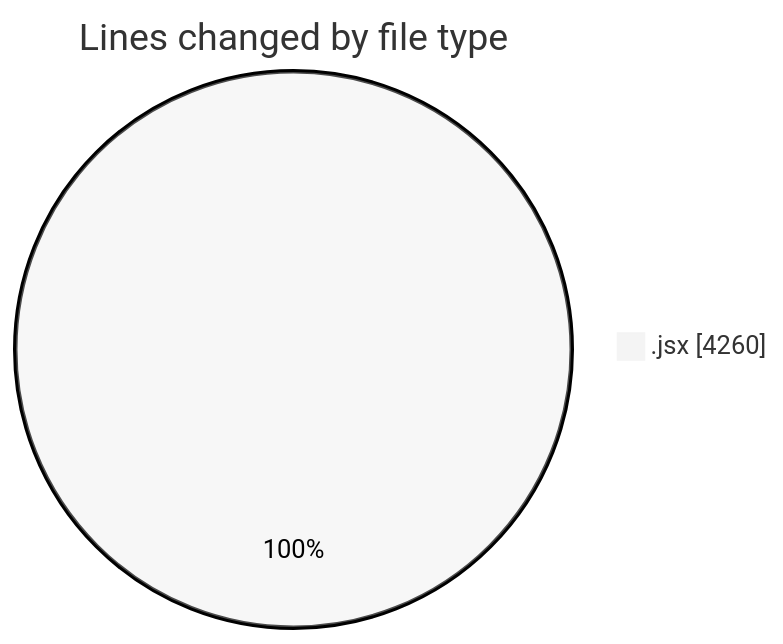
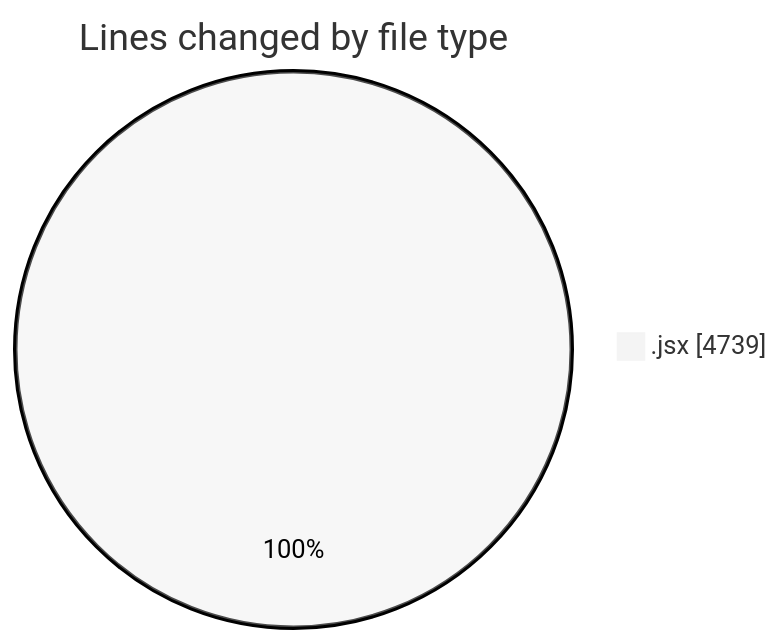
One commit to nxtqubesakshisongat/code-tracking changed the first of 2 diagrams in 2025-09-16/nxtqube_webapp/README.md. Above: the diagram before and after it, drawn with Mermaid (neutral theme). The commit also changed other lines of this file and 1 other file, not shown here.

````diff
--- a/2025-09-16/nxtqube_webapp/README.md
+++ b/2025-09-16/nxtqube_webapp/README.md
@@ -20,5 +20,5 @@
 ```mermaid
 pie showData
 title Lines changed by file type
-".jsx" : 4260
+".jsx" : 4739
 ```
````
